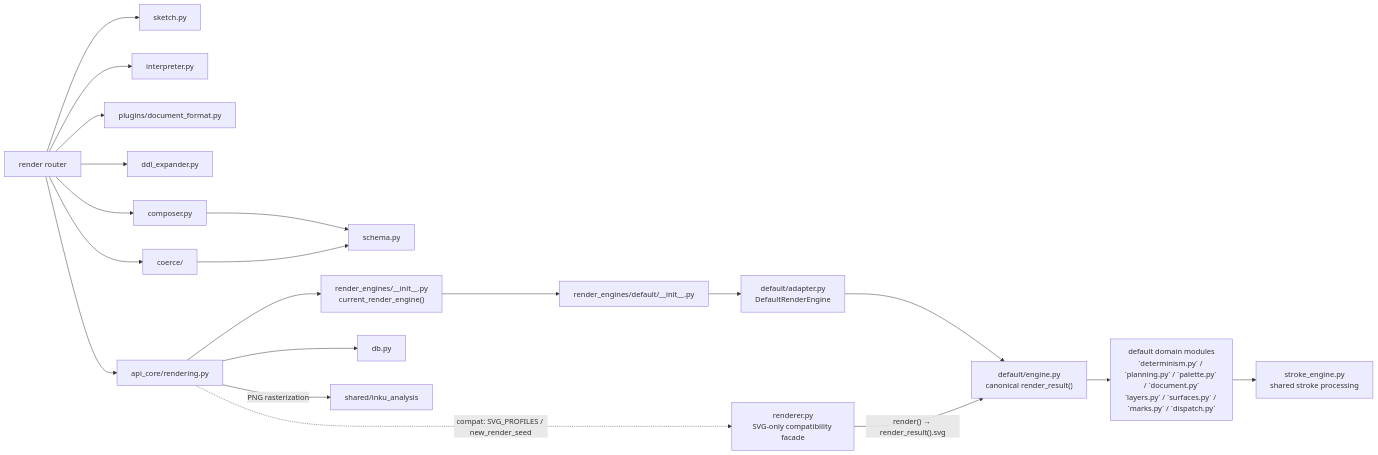
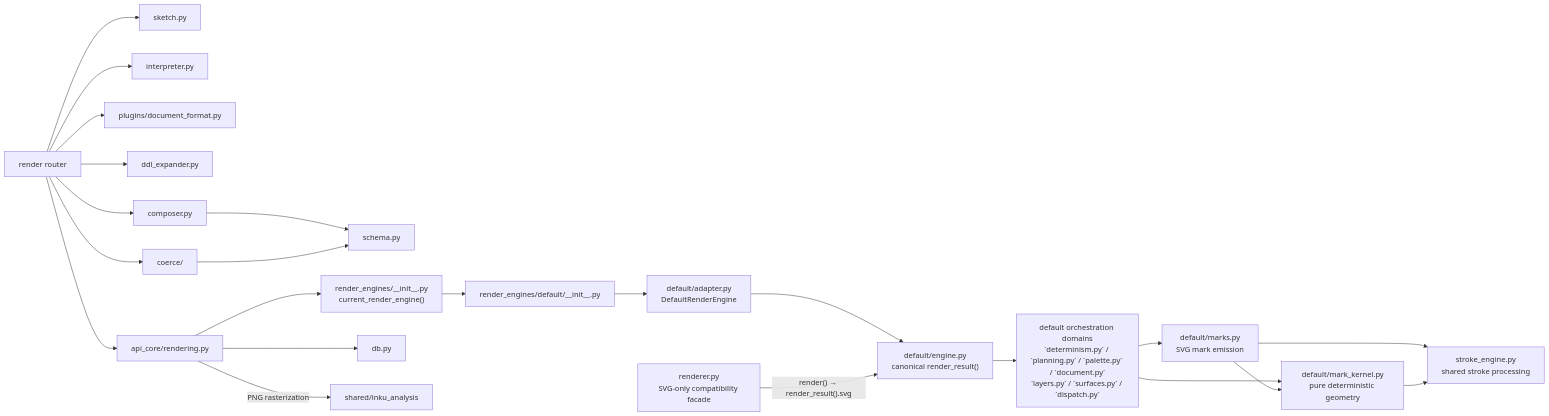
Before and after one commit to oikawas/inku-lang: the second of 2 diagrams in docs/architecture/server-components.md, drawn with Mermaid. The commit also changed other lines of this file and 14 other files, not shown here.

````diff
--- a/docs/architecture/server-components.md
+++ b/docs/architecture/server-components.md
@@ -53,41 +53,46 @@
 ```mermaid
 flowchart LR
     RENDER_ROUTER["render router"]
     SKETCH["sketch.py"]
     INTERPRETER["interpreter.py"]
     PLUGIN_DOC["plugins/document_format.py"]
     EXPANDER["ddl_expander.py"]
     COMPOSER["composer.py"]
     SCHEMA["schema.py"]
     COERCE["coerce/"]
     RENDERING["api_core/rendering.py"]
     REGISTRY["render_engines/__init__.py\ncurrent_render_engine()"]
     DEFAULT_INIT["render_engines/default/__init__.py"]
     ADAPTER["default/adapter.py\nDefaultRenderEngine"]
     ENGINE["default/engine.py\ncanonical render_result()"]
-    DOMAINS["default domain modules\n`determinism.py` / `planning.py` / `palette.py` / `document.py`\n`layers.py` / `surfaces.py` / `marks.py` / `dispatch.py`"]
+    DOMAINS["default orchestration domains\n`determinism.py` / `planning.py` / `palette.py` / `document.py`\n`layers.py` / `surfaces.py` / `dispatch.py`"]
+    MARKS["default/marks.py\nSVG mark emission"]
+    KERNEL["default/mark_kernel.py\npure deterministic geometry"]
     RENDERER["renderer.py\nSVG-only compatibility facade"]
     STROKE["stroke_engine.py\nshared stroke processing"]
     DB["db.py"]
     ANALYSIS["shared/inku_analysis"]
 
     RENDER_ROUTER --> SKETCH
     RENDER_ROUTER --> INTERPRETER
     RENDER_ROUTER --> PLUGIN_DOC
     RENDER_ROUTER --> EXPANDER
     RENDER_ROUTER --> COMPOSER
     COMPOSER --> SCHEMA
     RENDER_ROUTER --> COERCE
     COERCE --> SCHEMA
     RENDER_ROUTER --> RENDERING
     RENDERING --> REGISTRY
     REGISTRY --> DEFAULT_INIT
     DEFAULT_INIT --> ADAPTER
     ADAPTER --> ENGINE
     ENGINE --> DOMAINS
-    DOMAINS --> STROKE
+    DOMAINS --> MARKS
+    DOMAINS --> KERNEL
+    MARKS --> KERNEL
+    MARKS --> STROKE
+    KERNEL --> STROKE
     RENDERER -->|"render() → render_result().svg"| ENGINE
-    RENDERING -.->|"compat: SVG_PROFILES / new_render_seed"| RENDERER
     RENDERING --> DB
     RENDERING -->|"PNG rasterization"| ANALYSIS
 ```
````
